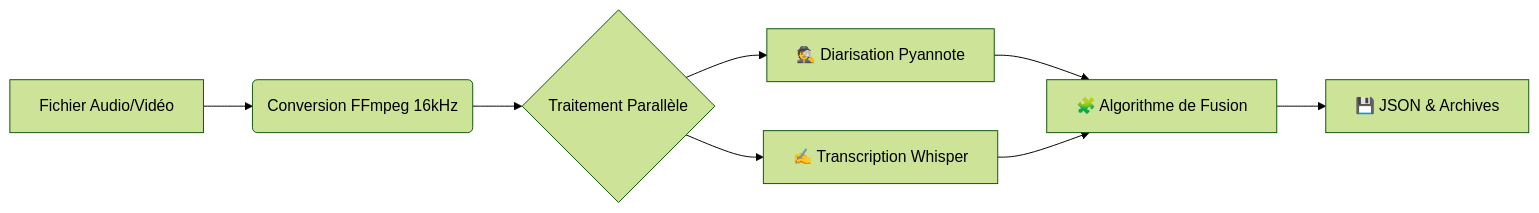
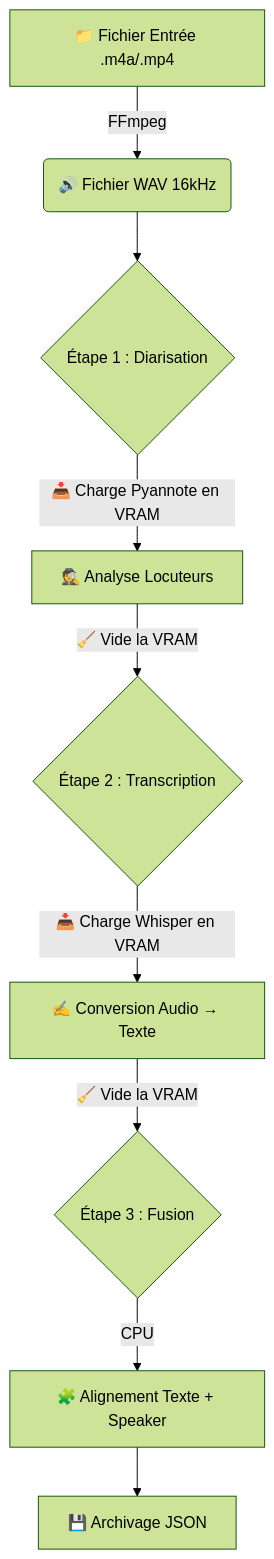
One commit to emmanuel-cabassot/smart-meeting-scribe changed the diagram in README.md. Above: the diagram before and after it, drawn with Mermaid (forest theme). The commit also changed other lines of this file and 9 other files, not shown here.

````diff
--- a/README.md
+++ b/README.md
@@ -13,10 +13,14 @@
 ```mermaid
-graph LR
-A[Fichier Audio/Vidéo] --> B(Conversion FFmpeg 16kHz)
-B --> C{Traitement Parallèle}
-C --> D[🕵️ Diarisation Pyannote]
-C --> E[✍️ Transcription Whisper]
-D --> F[🧩 Algorithme de Fusion]
-E --> F
-F --> G[💾 JSON & Archives]
+graph TD
+    A[📁 Fichier Entrée .m4a/.mp4] -->|FFmpeg| B(🔊 Fichier WAV 16kHz)
+    
+    B --> C{Étape 1 : Diarisation}
+    C -->|"📥 Charge Pyannote en VRAM"| D[🕵️ Analyse Locuteurs]
+    D -->|"🧹 Vide la VRAM"| E{Étape 2 : Transcription}
+    
+    E -->|"📥 Charge Whisper en VRAM"| F[✍️ Conversion Audio → Texte]
+    F -->|"🧹 Vide la VRAM"| G{Étape 3 : Fusion}
+    
+    G -->|CPU| H[🧩 Alignement Texte + Speaker]
+    H --> I[💾 Archivage JSON]
 ```
````
